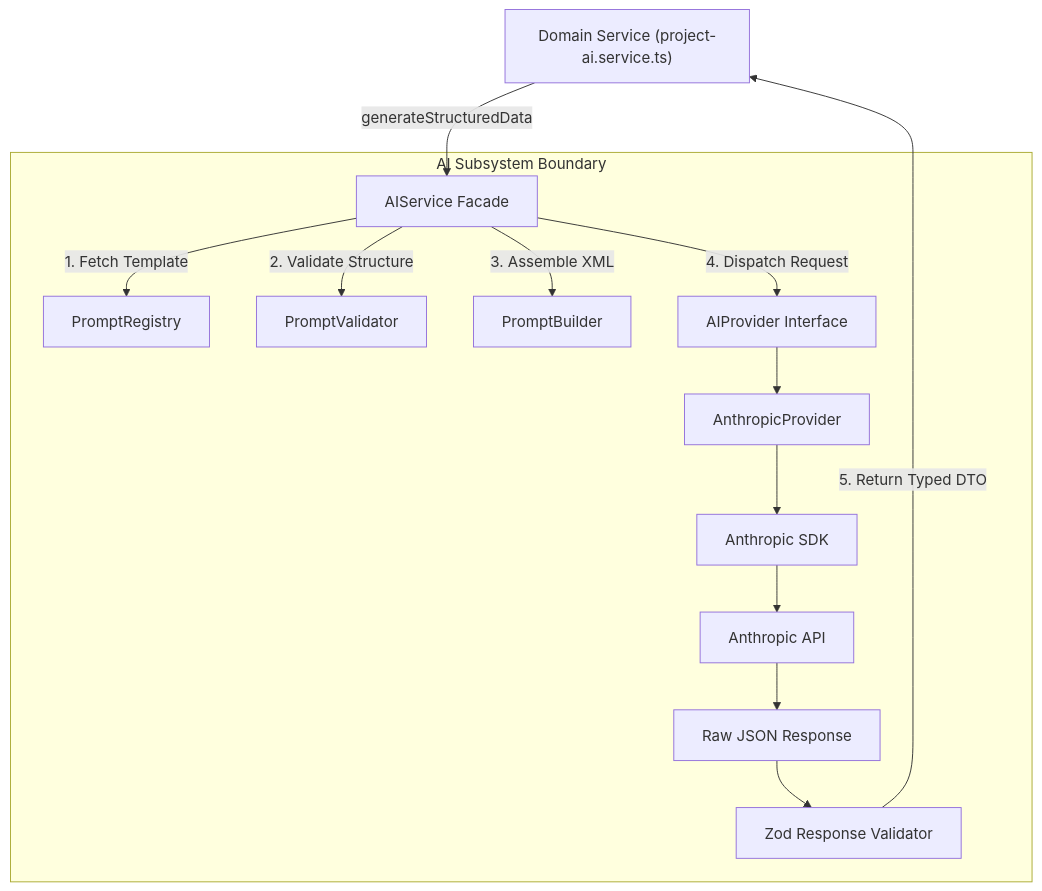
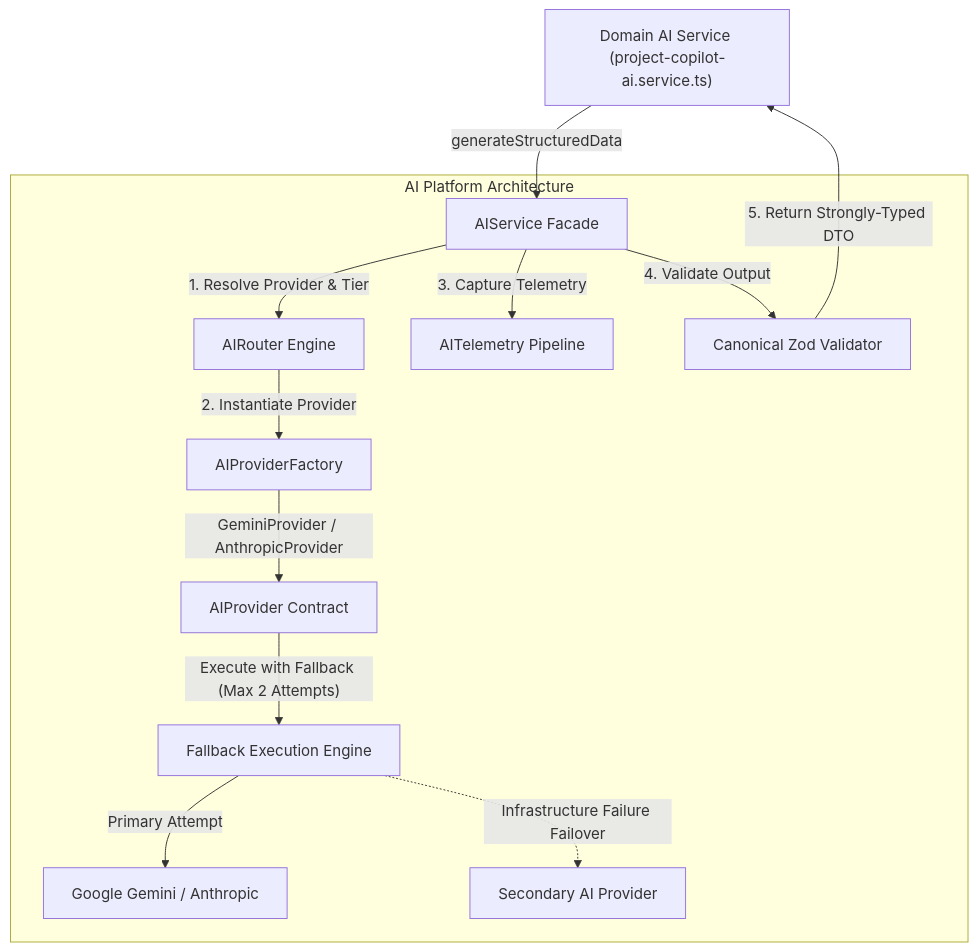
Before and after one commit to RehanIslam09/Odet-X: the third of 7 diagrams in README.md, drawn with Mermaid. The commit also changed other lines of this file and 5 other files, not shown here.

````diff
--- a/README.md
+++ b/README.md
@@ -311,18 +390,19 @@
 ```mermaid
 flowchart TD
-    Svc["Domain Service (project-ai.service.ts)"] -->|"generateStructuredData"| Facade["AIService Facade"]
+    Svc["Domain AI Service (project-copilot-ai.service.ts)"] -->|"generateStructuredData"| Facade["AIService Facade"]
 
-    subgraph "AI Subsystem Boundary"
-        Facade -->|"1. Fetch Template"| Registry["PromptRegistry"]
-        Facade -->|"2. Validate Structure"| Validator["PromptValidator"]
-        Facade -->|"3. Assemble XML"| Builder["PromptBuilder"]
-        Facade -->|"4. Dispatch Request"| Contract["AIProvider Interface"]
-        Contract --> Provider["AnthropicProvider"]
-        Provider --> SDK["Anthropic SDK"]
-        SDK --> API["Anthropic API"]
-        API --> RawJSON["Raw JSON Response"]
-        RawJSON --> ZodVal["Zod Response Validator"]
+    subgraph "AI Platform Architecture"
+        Facade -->|"1. Resolve Provider & Tier"| Router["AIRouter Engine"]
+        Router -->|"2. Instantiate Provider"| Factory["AIProviderFactory"]
+        Factory -->|"GeminiProvider / AnthropicProvider"| Contract["AIProvider Contract"]
+
+        Contract -->|"Execute with Fallback (Max 2 Attempts)"| Exec["Fallback Execution Engine"]
+        Exec -->|"Primary Attempt"| Provider1["Google Gemini / Anthropic"]
+        Exec -.->|"Infrastructure Failure Failover"| Provider2["Secondary AI Provider"]
+
+        Facade -->|"3. Capture Telemetry"| Telemetry["AITelemetry Pipeline"]
+        Facade -->|"4. Validate Output"| ZodVal["Canonical Zod Validator"]
     end
 
-    ZodVal -->|"5. Return Typed DTO"| Svc
+    ZodVal -->|"5. Return Strongly-Typed DTO"| Svc
 ```
````
